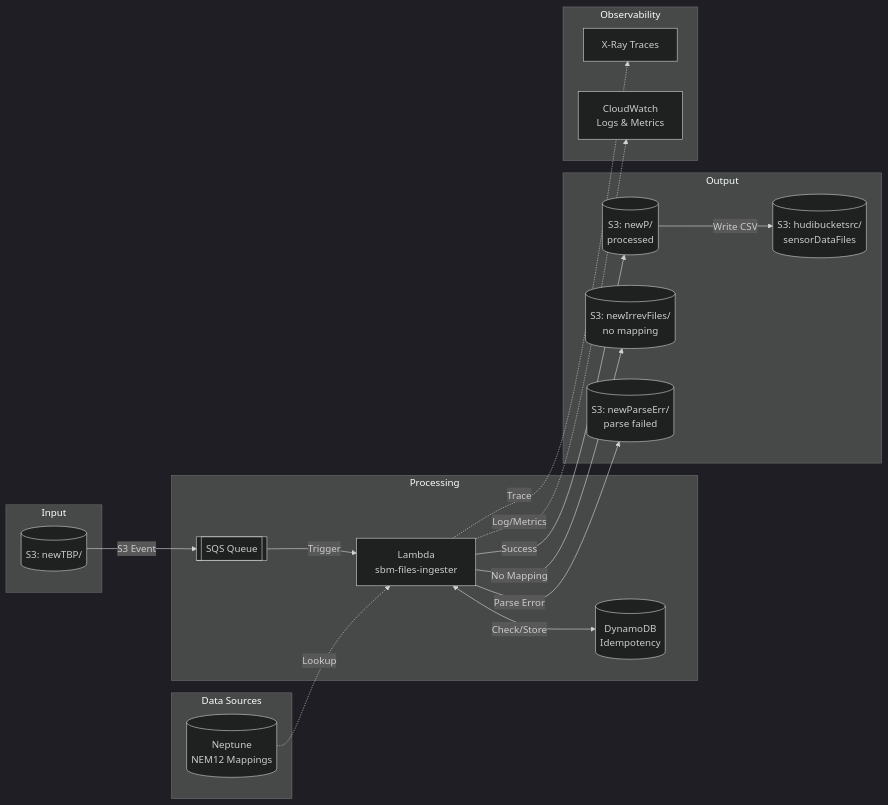
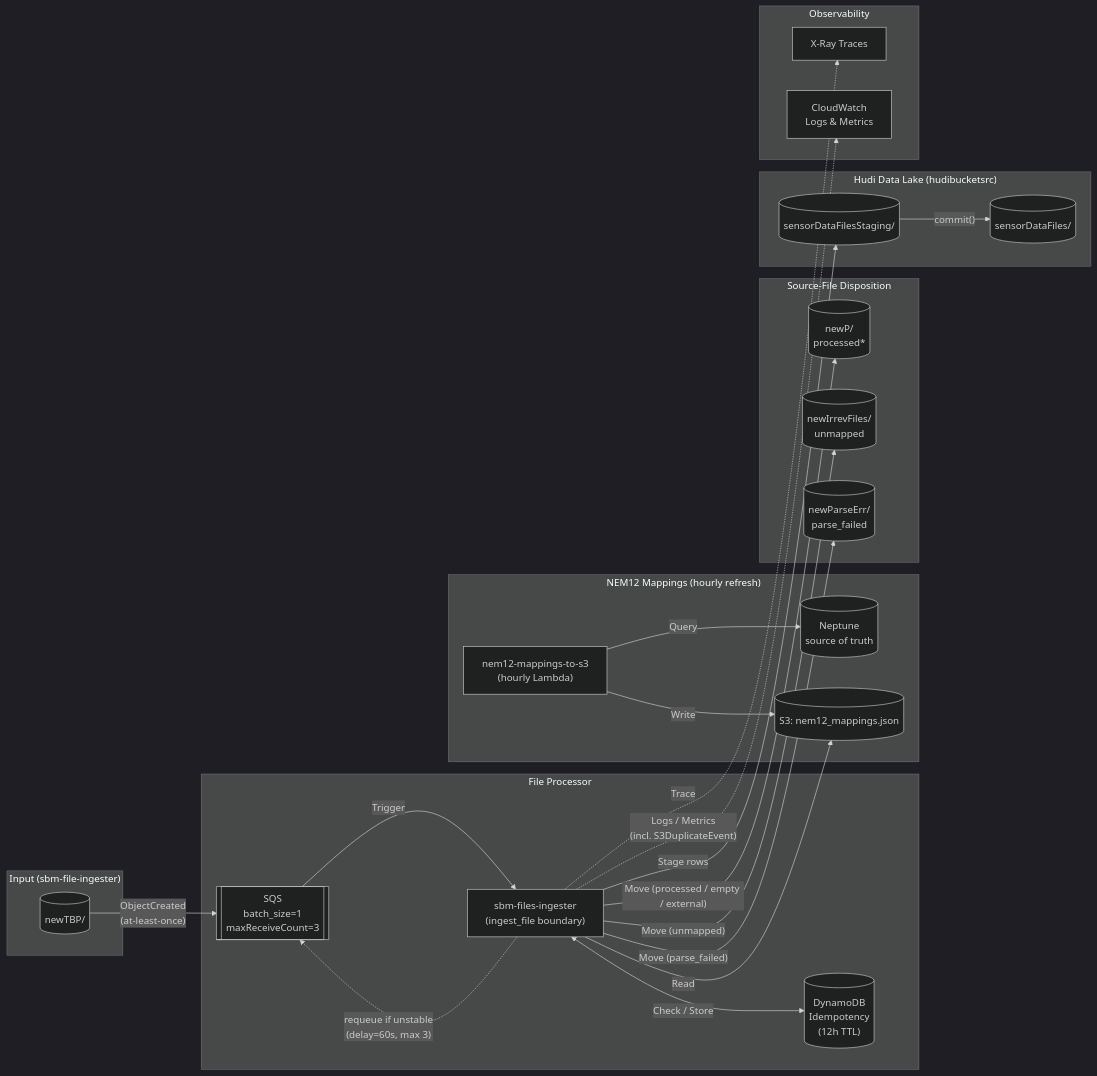
Before and after one commit to GrosvenorEngineeringGroup/sbm-ingester: the diagram in README.md, drawn with Mermaid (dark theme). The commit also changed other lines of this file and 2 other files, not shown here.

````diff
--- a/README.md
+++ b/README.md
@@ -113,39 +115,49 @@
 ```mermaid
 flowchart LR
-    subgraph Input
-        S3_IN[("S3: newTBP/")]
+    subgraph Input["Input (sbm-file-ingester)"]
+        S3_IN[("newTBP/")]
     end
 
-    subgraph Processing
-        SQS[["SQS Queue"]]
-        Lambda["Lambda<br/>sbm-files-ingester"]
-        DDB[("DynamoDB<br/>Idempotency")]
+    subgraph Processing["File Processor"]
+        SQS[["SQS<br/>batch_size=1<br/>maxReceiveCount=3"]]
+        Lambda["sbm-files-ingester<br/>(ingest_file boundary)"]
+        DDB[("DynamoDB<br/>Idempotency<br/>(12h TTL)")]
     end
 
-    subgraph Output
-        S3_OK[("S3: newP/<br/>processed")]
-        S3_IRR[("S3: newIrrevFiles/<br/>no mapping")]
-        S3_ERR[("S3: newParseErr/<br/>parse failed")]
-        S3_DATA[("S3: hudibucketsrc/<br/>sensorDataFiles")]
+    subgraph Mappings["NEM12 Mappings (hourly refresh)"]
+        MapLambda["nem12-mappings-to-s3<br/>(hourly Lambda)"]
+        Neptune[("Neptune<br/>source of truth")]
+        MapJSON[("S3: nem12_mappings.json")]
     end
 
-    subgraph Data Sources
-        Neptune[("Neptune<br/>NEM12 Mappings")]
+    subgraph Disposition["Source-File Disposition"]
+        S3_OK[("newP/<br/>processed*")]
+        S3_IRR[("newIrrevFiles/<br/>unmapped")]
+        S3_ERR[("newParseErr/<br/>parse_failed")]
+    end
+
+    subgraph DataLake["Hudi Data Lake (hudibucketsrc)"]
+        S3_STAGE[("sensorDataFilesStaging/")]
+        S3_DATA[("sensorDataFiles/")]
     end
 
     subgraph Observability
         XRay["X-Ray Traces"]
         CW["CloudWatch<br/>Logs & Metrics"]
     end
 
-    S3_IN -->|"S3 Event"| SQS
+    S3_IN -->|"ObjectCreated<br/>(at-least-once)"| SQS
     SQS -->|"Trigger"| Lambda
-    Lambda <-->|"Check/Store"| DDB
-    Lambda -->|"Success"| S3_OK
-    Lambda -->|"No Mapping"| S3_IRR
-    Lambda -->|"Parse Error"| S3_ERR
-    S3_OK -->|"Write CSV"| S3_DATA
-    Neptune -.->|"Lookup"| Lambda
+    Lambda -. "requeue if unstable<br/>(delay=60s, max 3)" .-> SQS
+    Lambda <-->|"Check / Store"| DDB
+    Lambda -->|"Read"| MapJSON
+    MapLambda -->|"Query"| Neptune
+    MapLambda -->|"Write"| MapJSON
+    Lambda -->|"Stage rows"| S3_STAGE
+    S3_STAGE -->|"commit()"| S3_DATA
+    Lambda -->|"Move (processed / empty / external)"| S3_OK
+    Lambda -->|"Move (unmapped)"| S3_IRR
+    Lambda -->|"Move (parse_failed)"| S3_ERR
     Lambda -.->|"Trace"| XRay
-    Lambda -.->|"Log/Metrics"| CW
+    Lambda -.->|"Logs / Metrics<br/>(incl. S3DuplicateEvent)"| CW
 ```
````
